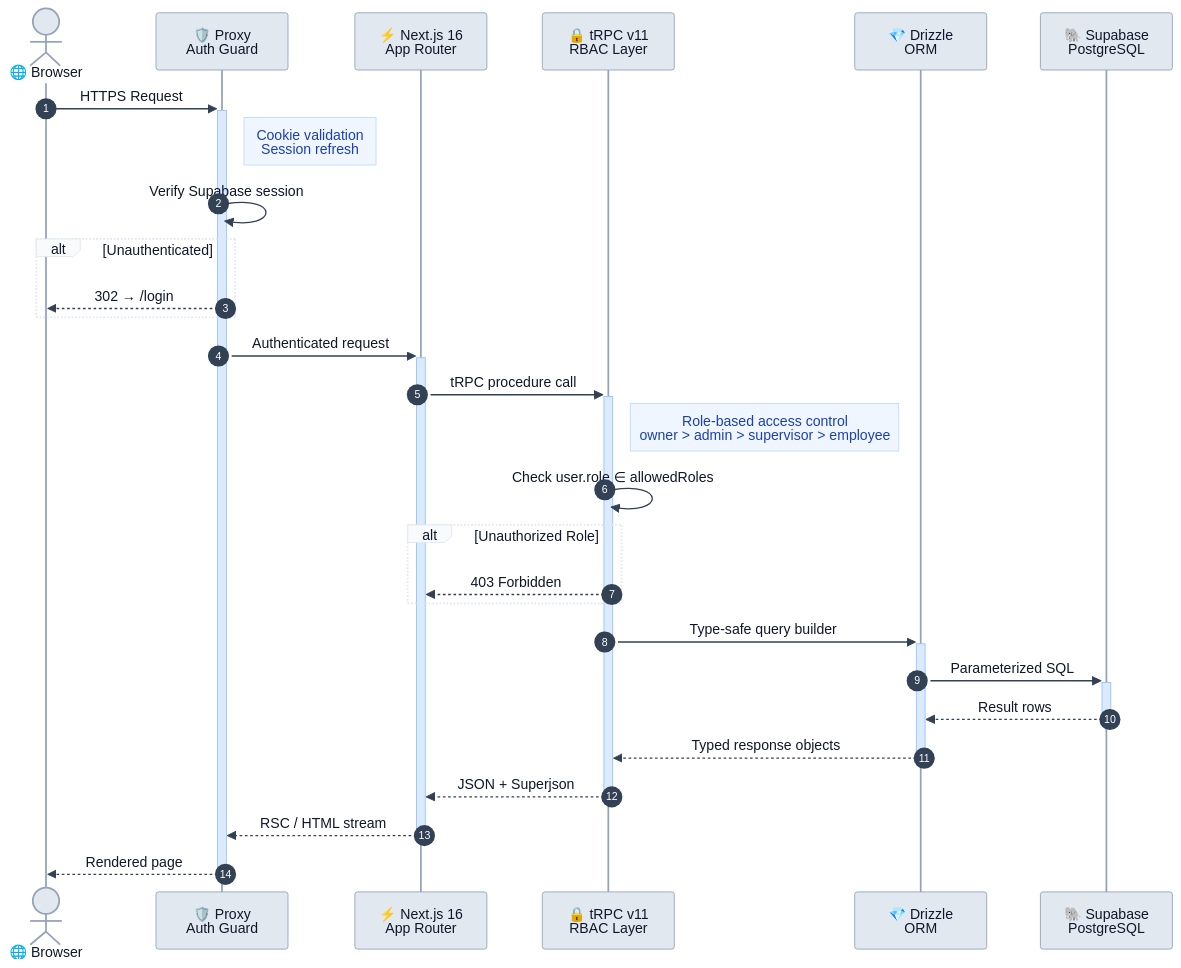
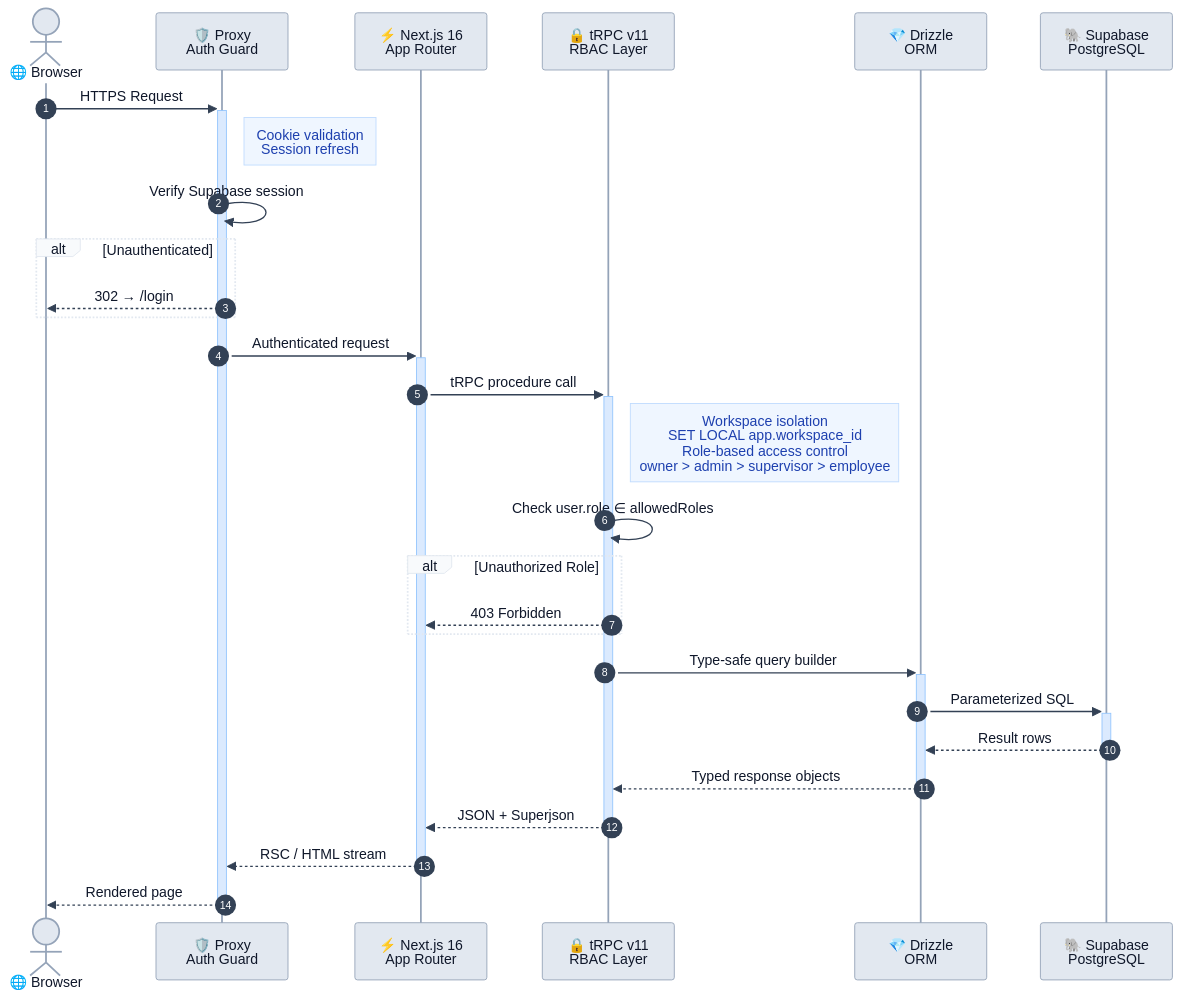
One commit to jesusjosezapata99-jpg/Cendaro changed the second of 9 diagrams in README.md. Above: the diagram before and after it, drawn with Mermaid. The commit also changed other lines of this file and 1 other file, not shown here.

Commit message:
feat: Introduce multi-tenancy (workspaces) and notification features, updating API, DB schema, UI, and documentation.

````diff
--- a/README.md
+++ b/README.md
@@ -94,40 +94,40 @@
 ```mermaid
 %%{init: {'theme': 'base', 'themeVariables': {'primaryColor': '#2463eb', 'actorTextColor': '#0f172a', 'actorBkg': '#e2e8f0', 'actorBorder': '#94a3b8', 'signalColor': '#334155', 'signalTextColor': '#0f172a', 'labelBoxBkgColor': '#f8fafc', 'labelBoxBorderColor': '#e2e8f0', 'noteBkgColor': '#eff6ff', 'noteBorderColor': '#bfdbfe', 'noteTextColor': '#1e40af', 'activationBkgColor': '#dbeafe', 'activationBorderColor': '#93c5fd', 'sequenceNumberColor': '#fff', 'fontSize': '13px'}}}%%
 
 sequenceDiagram
   autonumber
 
   actor U as 🌐 Browser
   participant P as 🛡️ Proxy<br/>Auth Guard
   participant N as ⚡ Next.js 16<br/>App Router
   participant T as 🔒 tRPC v11<br/>RBAC Layer
   participant D as 💎 Drizzle<br/>ORM
   participant S as 🐘 Supabase<br/>PostgreSQL
 
   U->>+P: HTTPS Request
   Note right of P: Cookie validation<br/>Session refresh
   P->>P: Verify Supabase session
 
   alt Unauthenticated
     P-->>U: 302 → /login
   end
 
   P->>+N: Authenticated request
   N->>+T: tRPC procedure call
 
-  Note right of T: Role-based access control<br/>owner > admin > supervisor > employee
+  Note right of T: Workspace isolation<br/>SET LOCAL app.workspace_id<br/>Role-based access control<br/>owner > admin > supervisor > employee
 
   T->>T: Check user.role ∈ allowedRoles
 
   alt Unauthorized Role
     T-->>N: 403 Forbidden
   end
 
   T->>+D: Type-safe query builder
   D->>+S: Parameterized SQL
   S-->>-D: Result rows
   D-->>-T: Typed response objects
   T-->>-N: JSON + Superjson
   N-->>-P: RSC / HTML stream
   P-->>-U: Rendered page
 ```
````
